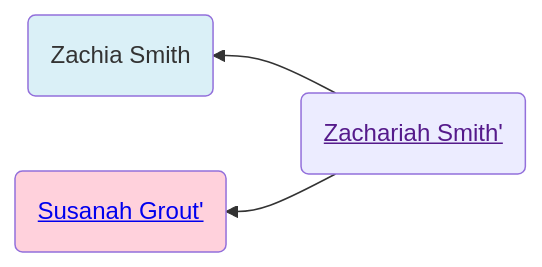
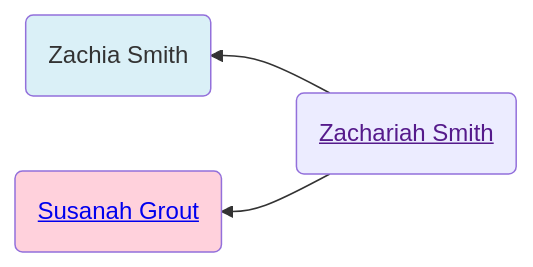
One commit to neelsmith/avocational changed the first of 2 diagrams in familyhistory/sources/people/Merrill-line/White-line/Candace-Smith-line/Zachariah_Smith.qmd. Above: the diagram before and after it, drawn with Mermaid. The commit also changed other lines of this file and 96 other files, not shown here.

````diff
--- a/familyhistory/sources/people/Merrill-line/White-line/Candace-Smith-line/Zachariah_Smith.qmd
+++ b/familyhistory/sources/people/Merrill-line/White-line/Candace-Smith-line/Zachariah_Smith.qmd
@@ -26,12 +26,12 @@
 ```{mermaid}
 graph RL
 %% RL ancestor diagram
-Zachariah_Smith(<a href=''>Zachariah Smith'</>) -->  Zachia_Smith(Zachia Smith)
+Zachariah_Smith(<a href=''>Zachariah Smith</a>) -->  Zachia_Smith(Zachia Smith)
 class Zachia_Smith father
-Zachariah_Smith(<a href=''>Zachariah Smith'</>)  --> Susanah_Grout(<a href='./../../Susanah_Grout.html'>Susanah Grout'</>)
+Zachariah_Smith(<a href=''>Zachariah Smith</a>)  --> Susanah_Grout(<a href='./../../Susanah_Grout.html'>Susanah Grout</a>)
 class Susanah_Grout mother
 classDef mother fill:#ffd1dc
 classDef father fill:#daf0f7  
 classDef marriage fill:#ffffff
 
 ```
````
